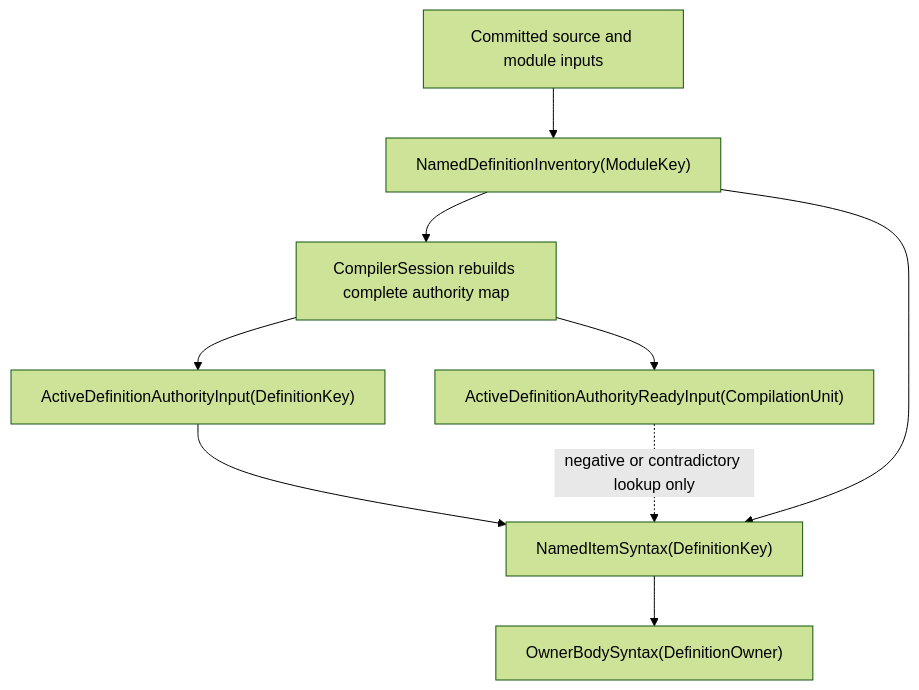
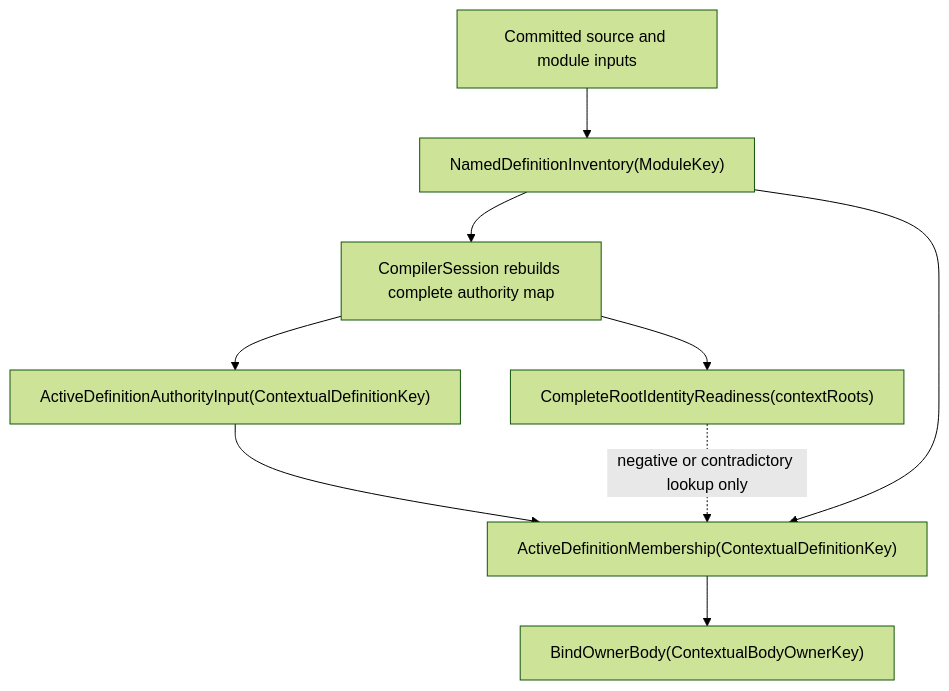
Before and after one commit to Zzzode/ZOM: the first of 2 diagrams in docs/rfc/0020-active-definition-authority-projection.md, drawn with Mermaid (forest theme). The commit also changed other lines of this file and 47 other files, not shown here.

````diff
--- a/docs/rfc/0020-active-definition-authority-projection.md
+++ b/docs/rfc/0020-active-definition-authority-projection.md
@@ -144,11 +129,11 @@
 ```mermaid
 flowchart TD
     ROOTS["Committed source and module inputs"] --> INV["NamedDefinitionInventory(ModuleKey)"]
     INV --> BUILD["CompilerSession rebuilds complete authority map"]
-    BUILD --> AUTH["ActiveDefinitionAuthorityInput(DefinitionKey)"]
-    BUILD --> READY["ActiveDefinitionAuthorityReadyInput(CompilationUnit)"]
-    AUTH --> ITEM["NamedItemSyntax(DefinitionKey)"]
+    BUILD --> AUTH["ActiveDefinitionAuthorityInput(ContextualDefinitionKey)"]
+    BUILD --> READY["CompleteRootIdentityReadiness(contextRoots)"]
+    AUTH --> ITEM["ActiveDefinitionMembership(ContextualDefinitionKey)"]
     INV --> ITEM
     READY -. negative or contradictory lookup only .-> ITEM
-    ITEM --> BODY["OwnerBodySyntax(DefinitionOwner)"]
+    ITEM --> BODY["BindOwnerBody(ContextualBodyOwnerKey)"]
 ```
````
